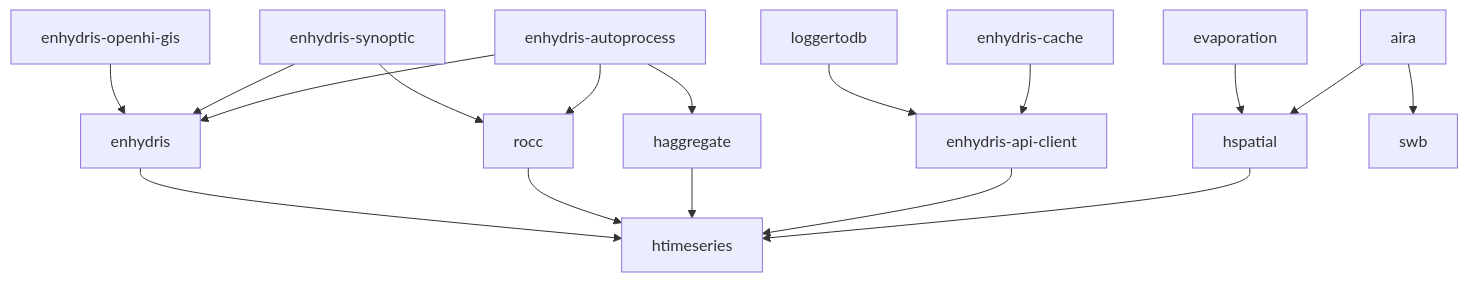
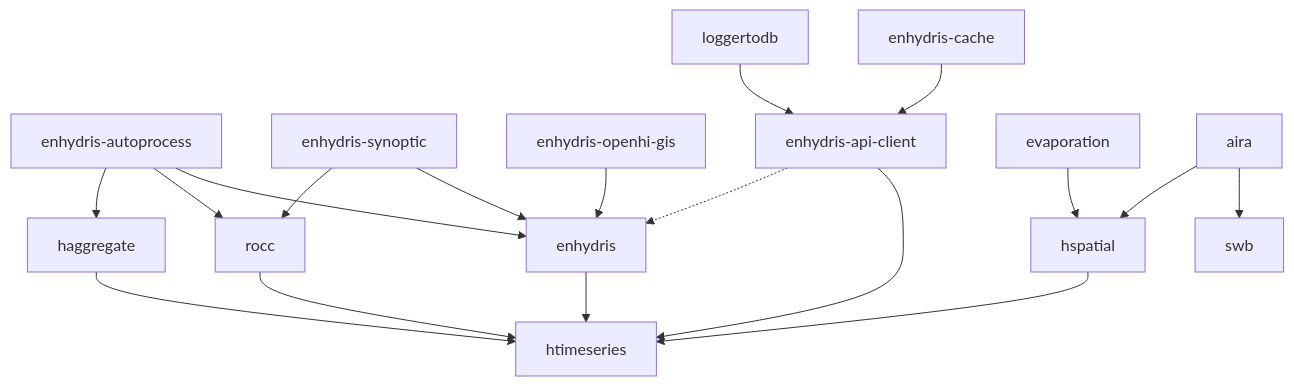
Before and after one commit to openmeteo/dependencies: the first of 2 diagrams in README.md, drawn with Mermaid. The commit also changed other lines of this file, not shown here.

Commit message:
Add dependency via API

````diff
--- a/README.md
+++ b/README.md
@@ -4,24 +4,26 @@
 ```mermaid
 graph TD;
-enhydris-->htimeseries
+enhydris-autoprocess-->haggregate
+enhydris-autoprocess-->rocc
+enhydris-autoprocess-->enhydris
+
+enhydris-synoptic-->rocc
+enhydris-synoptic-->enhydris
 enhydris-openhi-gis-->enhydris
 
-enhydris-synoptic-->enhydris
-enhydris-synoptic-->rocc
 
-enhydris-autoprocess-->enhydris
-enhydris-autoprocess-->haggregate
-enhydris-autoprocess-->rocc
+enhydris-->htimeseries
 
 rocc-->htimeseries
 haggregate-->htimeseries
+enhydris-api-client-.->enhydris
 enhydris-api-client-->htimeseries
 loggertodb-->enhydris-api-client
 
 hspatial-->htimeseries
 evaporation-->hspatial
 enhydris-cache-->enhydris-api-client
 
+aira-->hspatial
 aira-->swb
-aira-->hspatial
 ```
````
